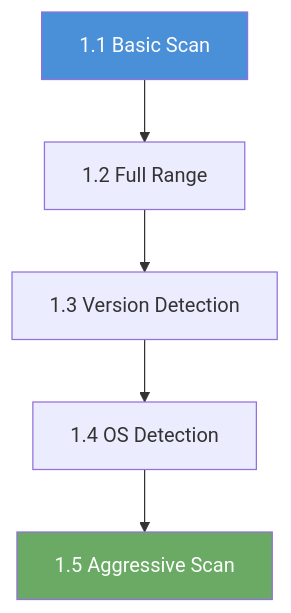
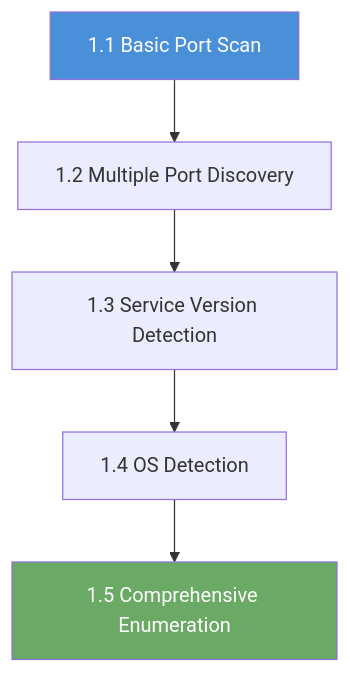
One commit to RobChaykoski/opencyberrange changed the diagram in Workbook/CH01_Enumeration/00_Introduction.md. Above: the diagram before and after it, drawn with Mermaid. The commit also changed other lines of this file and 1 other file, not shown here.

````diff
--- a/Workbook/CH01_Enumeration/00_Introduction.md
+++ b/Workbook/CH01_Enumeration/00_Introduction.md
@@ -61,10 +237,10 @@
 ```mermaid
 graph TD
-    A["1.1 Basic Scan"] --> B["1.2 Full Range"]
-    B --> C["1.3 Version Detection"]
+    A["1.1 Basic Port Scan"] --> B["1.2 Multiple Port Discovery"]
+    B --> C["1.3 Service Version Detection"]
     C --> D["1.4 OS Detection"]
-    D --> E["1.5 Aggressive Scan"]
+    D --> E["1.5 Comprehensive Enumeration"]
 
     style A fill:#4a90d9,color:#fff
     style E fill:#6aaa64,color:#fff
 ```
````
